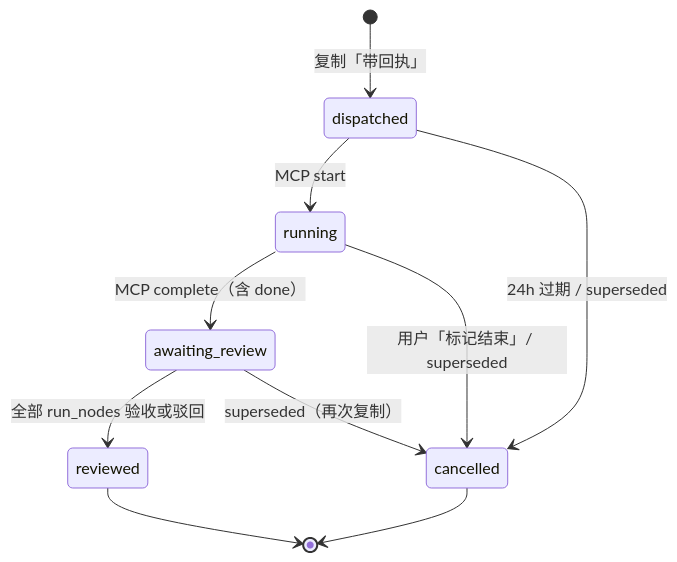
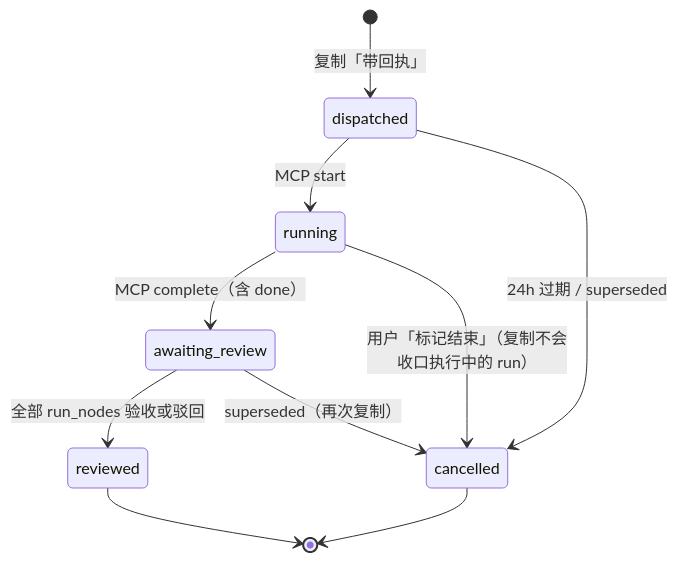
The second of 2 diagrams in docs/06-agent-integration.md (Jeysin/tree-todo), drawn with Mermaid before and after one commit. The commit also changed other lines of this file and 45 other files, not shown here.

````diff
--- a/docs/06-agent-integration.md
+++ b/docs/06-agent-integration.md
@@ -396,12 +419,12 @@
 ```mermaid
 stateDiagram-v2
     [*] --> dispatched : 复制「带回执」
     dispatched --> running : MCP start
     dispatched --> cancelled : 24h 过期 / superseded
     running --> awaiting_review : MCP complete（含 done）
-    running --> cancelled : 用户「标记结束」/ superseded
+    running --> cancelled : 用户「标记结束」（复制不会收口执行中的 run）
     awaiting_review --> reviewed : 全部 run_nodes 验收或驳回
     awaiting_review --> cancelled : superseded（再次复制）
     reviewed --> [*]
     cancelled --> [*]
 ```
````
